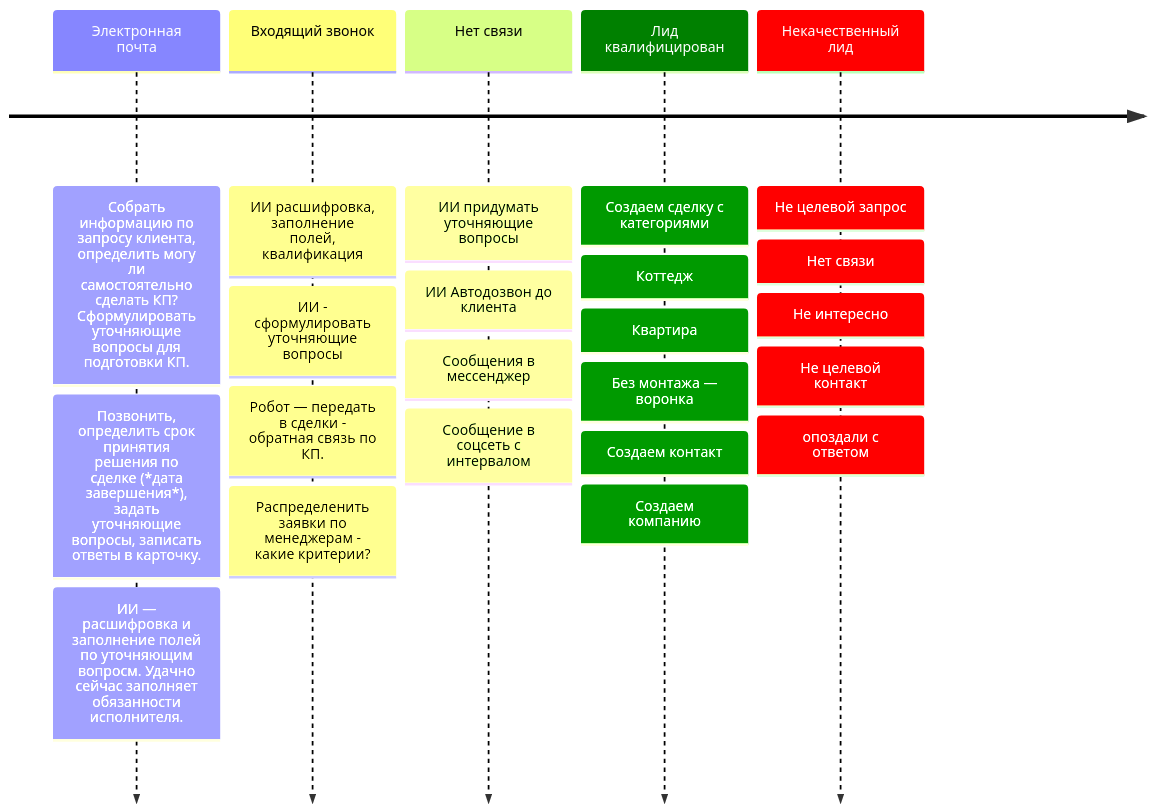
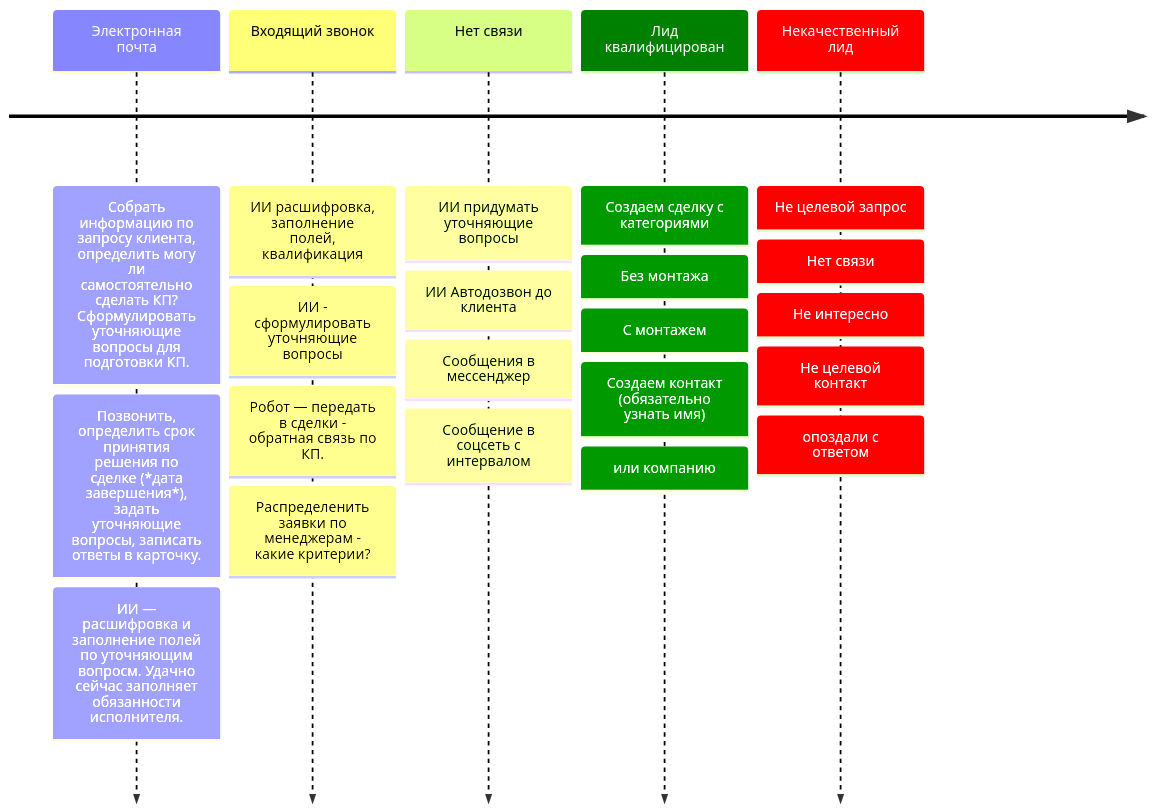
The first of 3 diagrams in content/описание процессов.md (NazarovKI/knowledge), drawn with Mermaid before and after one commit. The commit also changed other lines of this file and 21 other files, not shown here.

````diff
--- a/content/описание процессов.md
+++ b/content/описание процессов.md
@@ -22,21 +70,21 @@
 ```mermaid 
 --- 
 config: 
   logLevel: 'debug' 
   theme: 'default' 
   themeVariables: 
     cScale4: '#ff0000' 
     cScaleLabel4: '#ffffff'  
     cScale3: '#008000' 
     cScaleLabel3: '#ffffff'  
 ---
 timeline
 Электронная почта : Собрать информацию по запросу клиента, определить могу ли самостоятельно сделать КП? Сформулировать уточняющие вопросы для подготовки КП.
 	: Позвонить, определить срок принятия решения по сделке (*дата завершения*), задать уточняющие вопросы, записать ответы в карточку.
 	: ИИ — расшифровка и заполнение полей по уточняющим вопросм. Удачно сейчас заполняет обязанности исполнителя.
 Входящий звонок : ИИ расшифровка, заполнение полей, квалификация: ИИ - сформулировать уточняющие вопросы: Робот — передать в сделки - обратная связь по КП.
 	: Распределенить заявки по менеджерам - какие критерии?
 Нет связи: ИИ придумать уточняющие вопросы : ИИ Автодозвон до клиента : Сообщения в мессенджер : Сообщение в соцсеть с интервалом    
-Лид квалифицирован : Создаем сделку с категориями: Коттедж : Квартира : Без монтажа — воронка : Создаем контакт : Создаем компанию 
+Лид квалифицирован : Создаем сделку с категориями: Без монтажа : С монтажем : Создаем контакт (обязательно узнать имя) : или компанию 
 Некачественный лид : Не целевой запрос : Нет связи : Не интересно : Не целевой контакт : опоздали с ответом
 ```
````
